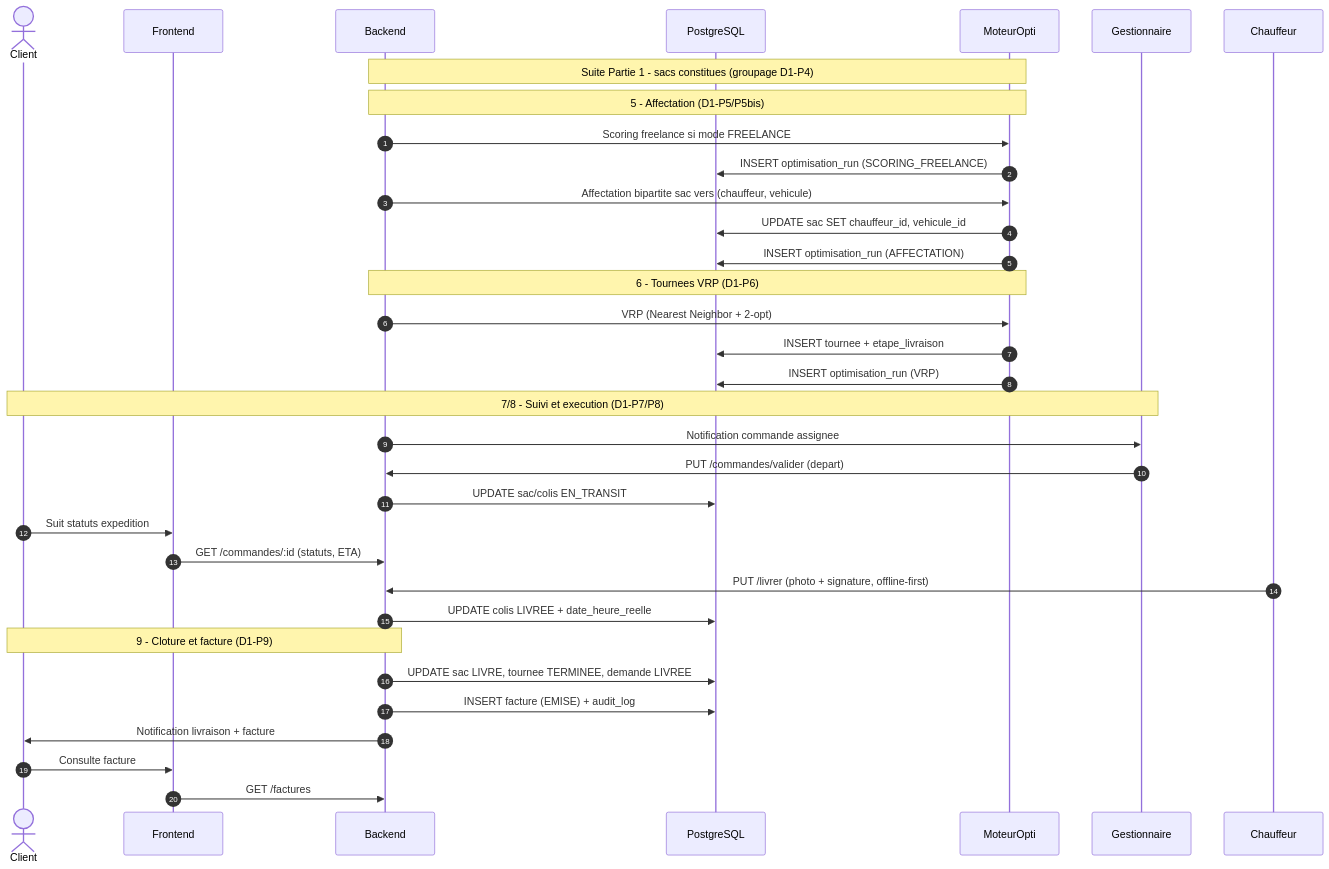
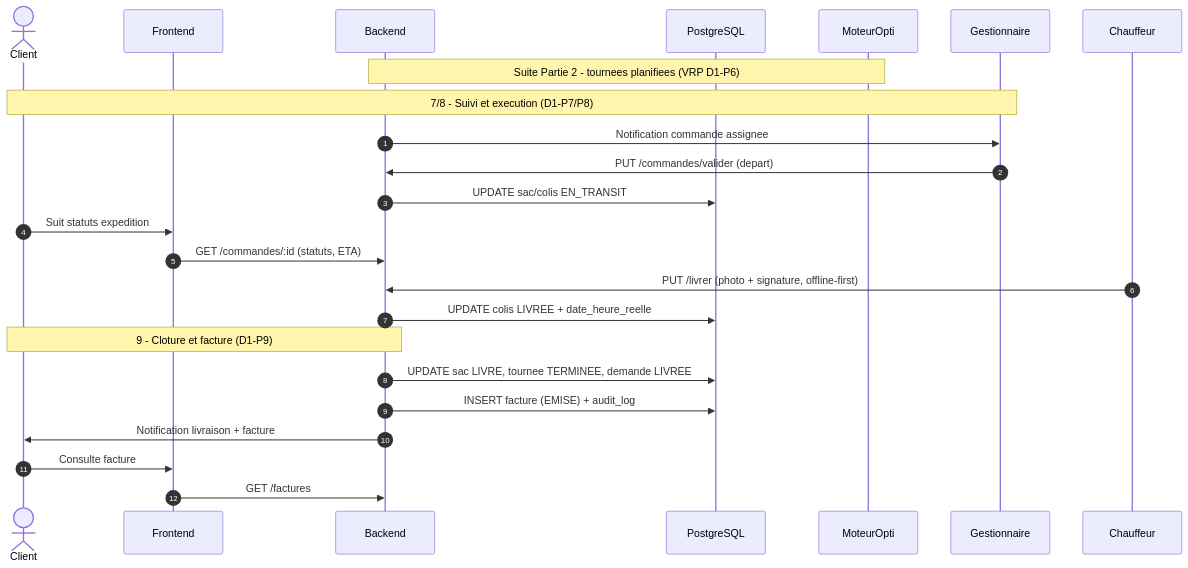
The third of 3 diagrams in README-Phases-MadaLogistix.md (Anthony-hub7/Madalogistics), drawn with Mermaid before and after one commit. The commit also changed other lines of this file and 36 other files, not shown here.

````diff
--- a/README-Phases-MadaLogistix.md
+++ b/README-Phases-MadaLogistix.md
@@ -83,41 +114,29 @@
 ```mermaid
 sequenceDiagram
     autonumber
     actor C as Client
     participant F as Frontend
     participant A as Backend
     participant D as PostgreSQL
     participant M as MoteurOpti
     participant G as Gestionnaire
     participant H as Chauffeur
 
-    Note over A,M: Suite Partie 1 - sacs constitues (groupage D1-P4)
-
-    Note over A,M: 5 - Affectation (D1-P5/P5bis)
-    A->>M: Scoring freelance si mode FREELANCE
-    M->>D: INSERT optimisation_run (SCORING_FREELANCE)
-    A->>M: Affectation bipartite sac vers (chauffeur, vehicule)
-    M->>D: UPDATE sac SET chauffeur_id, vehicule_id
-    M->>D: INSERT optimisation_run (AFFECTATION)
-
-    Note over A,M: 6 - Tournees VRP (D1-P6)
-    A->>M: VRP (Nearest Neighbor + 2-opt)
-    M->>D: INSERT tournee + etape_livraison
-    M->>D: INSERT optimisation_run (VRP)
+    Note over A,M: Suite Partie 2 - tournees planifiees (VRP D1-P6)
 
     Note over C,G: 7/8 - Suivi et execution (D1-P7/P8)
     A->>G: Notification commande assignee
     G->>A: PUT /commandes/valider (depart)
     A->>D: UPDATE sac/colis EN_TRANSIT
     C->>F: Suit statuts expedition
     F->>A: GET /commandes/:id (statuts, ETA)
     H->>A: PUT /livrer (photo + signature, offline-first)
     A->>D: UPDATE colis LIVREE + date_heure_reelle
 
     Note over C,A: 9 - Cloture et facture (D1-P9)
     A->>D: UPDATE sac LIVRE, tournee TERMINEE, demande LIVREE
     A->>D: INSERT facture (EMISE) + audit_log
     A->>C: Notification livraison + facture
     C->>F: Consulte facture
     F->>A: GET /factures
 ```
````
